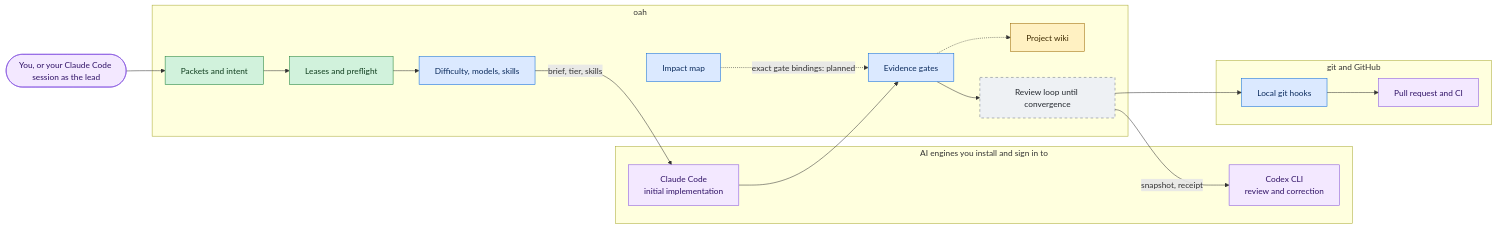
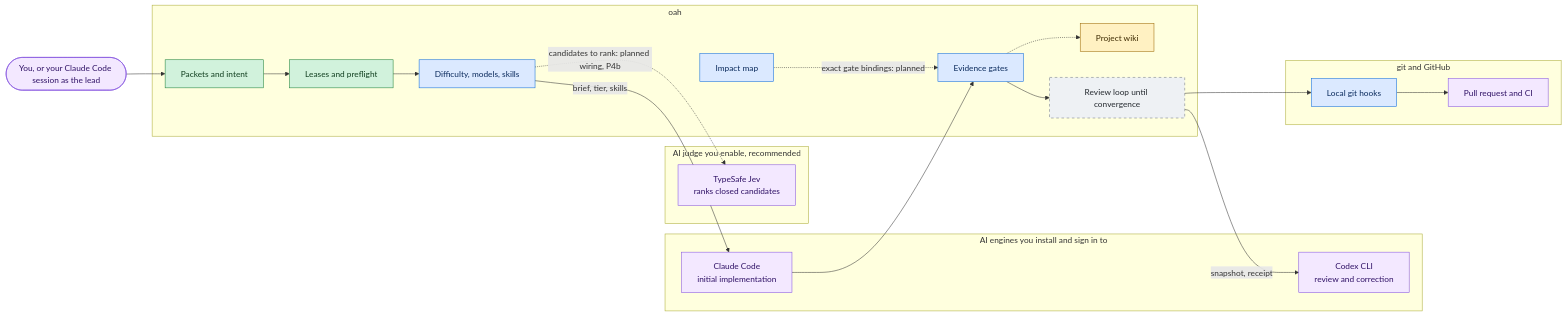
The first of 8 diagrams in README.md (KenSuh/open-agent-harness), drawn with Mermaid before and after one commit. The commit also changed other lines of this file and 1 other file, not shown here.

First line of the commit message:
docs(readme): present TypeSafe Jev as the recommended judge

````diff
--- a/README.md
+++ b/README.md
@@ -63,47 +74,52 @@
 ```mermaid
 flowchart LR
     you(["You, or your Claude Code session as the lead"])
 
     subgraph engines["AI engines you install and sign in to"]
         claude["Claude Code<br/>initial implementation"]
         codex["Codex CLI<br/>review and correction"]
+    end
+
+    subgraph judge["AI judge you enable, recommended"]
+        jev["TypeSafe Jev<br/>ranks closed candidates"]
     end
 
     subgraph core["oah"]
         lease["Leases and preflight"]
         intent["Packets and intent"]
         route["Difficulty, models, skills"]
         gates["Evidence gates"]
         impact["Impact map"]
         wiki["Project wiki"]
         rloop["Review loop until convergence"]
     end
 
     subgraph git["git and GitHub"]
         hooks["Local git hooks"]
         remote["Pull request and CI"]
     end
 
     you --> intent
     intent --> lease
     lease --> route
     route -->|"brief, tier, skills"| claude
+    route -.->|"candidates to rank: planned wiring, P4b"| jev
     claude --> gates
     gates --> rloop
     rloop -->|"snapshot, receipt"| codex
     impact -.->|"exact gate bindings: planned"| gates
     gates -.-> wiki
     rloop --> hooks
     hooks --> remote
 
     classDef ext fill:#f3e8ff,stroke:#8250df,color:#2e1065
     classDef avail fill:#d1f2dc,stroke:#1a7f37,color:#0f3d1e
     classDef review fill:#dbe9ff,stroke:#0969da,color:#0a2a5c
     classDef progress fill:#fff1c2,stroke:#9a6700,color:#3d2a00
     classDef planned fill:#eef1f4,stroke:#6e7781,color:#24292f,stroke-dasharray: 5 5
-    class you,claude,codex,remote ext
+    class you,claude,codex,jev,remote ext
     class lease,intent avail
     class route,gates,impact,hooks review
     class wiki progress
     class rloop planned
 ```
````
